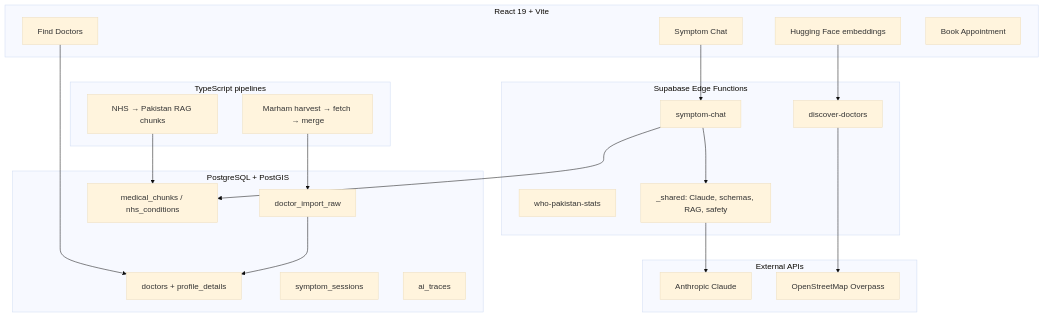
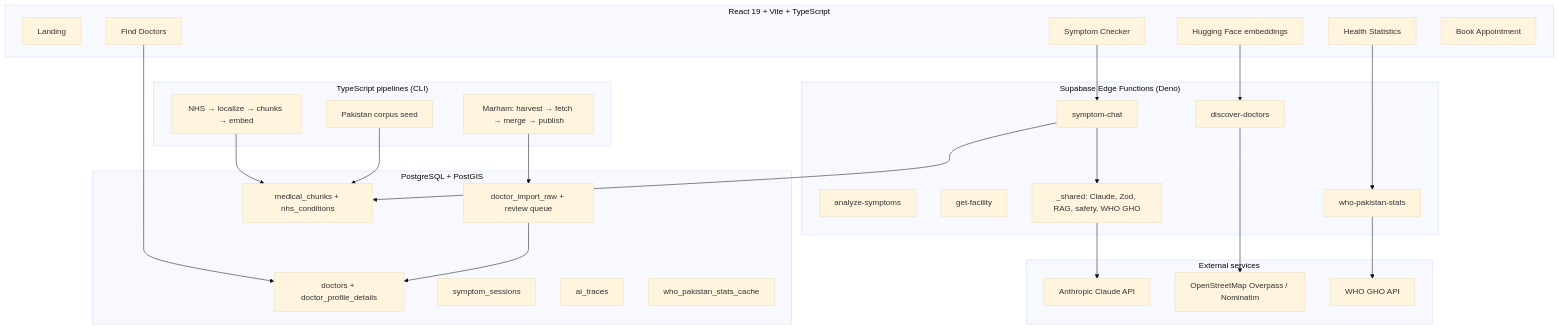
One commit to Faran-samra/HealthPilot-AI changed the diagram in README.md. Above: the diagram before and after it, drawn with Mermaid (base theme). The commit also changed other lines of this file and 69 other files, not shown here.

First line of the commit message:
docs: rewrite README for recruiters; improve UX, WHO stats, and directory

````diff
--- a/README.md
+++ b/README.md
@@ -26,43 +86,51 @@
 ```mermaid
 flowchart TB
-  subgraph Client["React 19 + Vite"]
-    SC[Symptom Chat]
+  subgraph Client["React 19 + Vite + TypeScript"]
+    LP[Landing]
+    SC[Symptom Checker]
     FD[Find Doctors]
     HF[Healthcare Facilities]
+    HS[Health Statistics]
     BK[Book Appointment]
   end
 
-  subgraph Edge["Supabase Edge Functions"]
+  subgraph Edge["Supabase Edge Functions (Deno)"]
     SCF[symptom-chat]
+    AS[analyze-symptoms]
     DISC[discover-doctors]
+    GF[get-facility]
     WHO[who-pakistan-stats]
-    SHARED["_shared: Claude, schemas, RAG, safety"]
+    SH["_shared: Claude, Zod, RAG, safety, WHO GHO"]
   end
 
   subgraph Data["PostgreSQL + PostGIS"]
-    DOC[doctors + profile_details]
-    IMP[doctor_import_raw]
+    DOC[doctors + doctor_profile_details]
+    IMP[doctor_import_raw + review queue]
     SESS[symptom_sessions]
-    RAG[medical_chunks / nhs_conditions]
+    RAGT[medical_chunks + nhs_conditions]
     TRACE[ai_traces]
+    WHOC[who_pakistan_stats_cache]
   end
 
-  subgraph Ingest["TypeScript pipelines"]
-    MAR[Marham harvest → fetch → merge]
-    NHS[NHS → Pakistan RAG chunks]
+  subgraph Ingest["TypeScript pipelines (CLI)"]
+    MAR[Marham: harvest → fetch → merge → publish]
+    NHS[NHS → localize → chunks → embed]
+    PK[Pakistan corpus seed]
   end
 
-  subgraph External["External APIs"]
-    CLAUDE[Anthropic Claude]
-    OSM[OpenStreetMap Overpass]
+  subgraph External["External services"]
+    CLAUDE[Anthropic Claude API]
+    OSM[OpenStreetMap Overpass / Nominatim]
     HF[Hugging Face embeddings]
+    GHO[WHO GHO API]
   end
 
-  SC --> SCF
-  SCF --> SHARED --> CLAUDE
-  SCF --> RAG
+  SC --> SCF --> SH --> CLAUDE
+  SCF --> RAGT
   FD --> DOC
   HF --> DISC --> OSM
+  HS --> WHO --> GHO
   MAR --> IMP --> DOC
-  NHS --> RAG
+  NHS --> RAGT
+  PK --> RAGT
 ```
````
